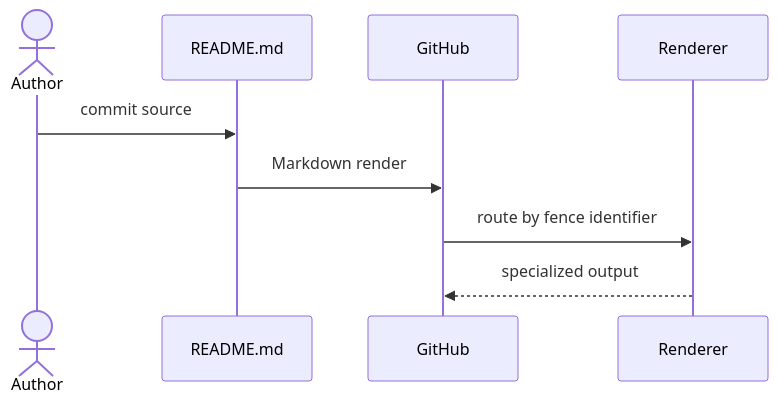
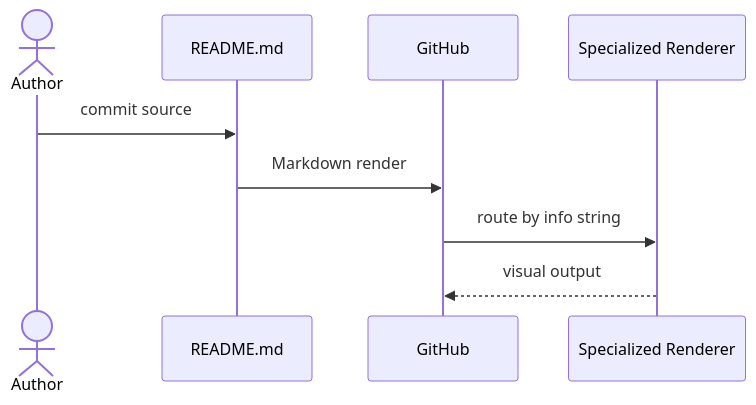
One commit to thiepn/markdown changed the third of 8 diagrams in README.md. Above: the diagram before and after it, drawn with Mermaid. The commit also changed other lines of this file, not shown here.

````diff
--- a/README.md
+++ b/README.md
@@ -721,11 +725,11 @@
 ```mermaid
 sequenceDiagram
     actor Author
     participant MD as README.md
     participant GH as GitHub
-    participant R as Renderer
+    participant R as Specialized Renderer
     Author->>MD: commit source
     MD->>GH: Markdown render
-    GH->>R: route by fence identifier
-    R-->>GH: specialized output
+    GH->>R: route by info string
+    R-->>GH: visual output
 ```
````
